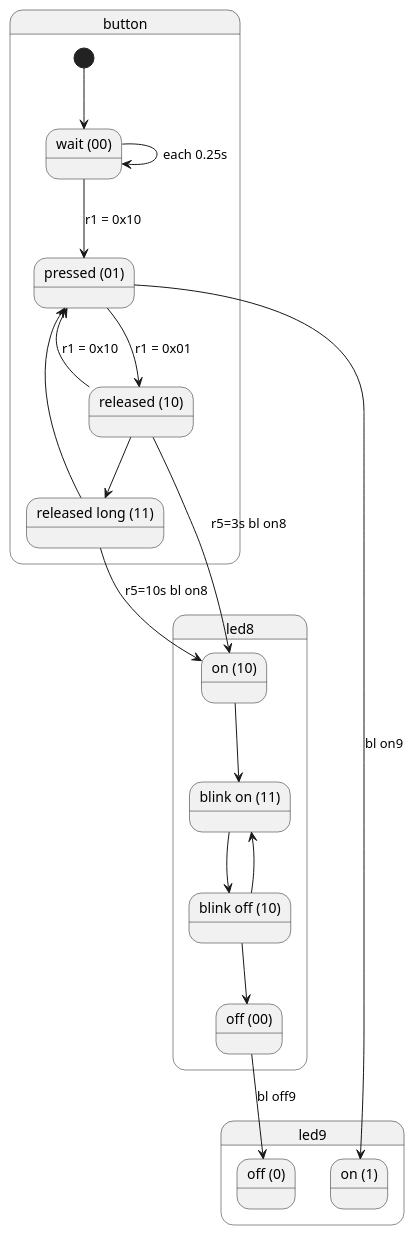
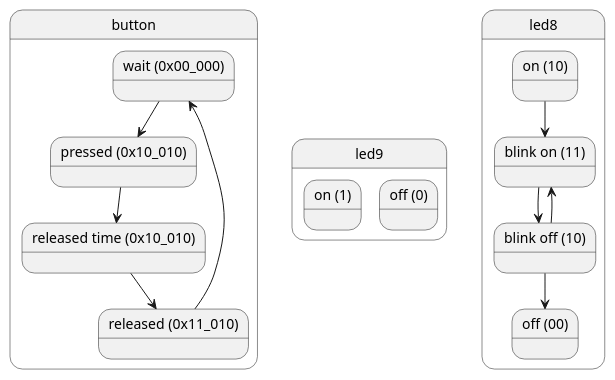
The diagram in docs/puml/state_diagram.puml (andneh/stm32vldiscovery_asm), drawn with PlantUML before and after one commit. The commit also changed 4 other files, not shown here.

```diff
--- a/docs/puml/state_diagram.puml
+++ b/docs/puml/state_diagram.puml
@@ -1,44 +1,40 @@
 @startuml
 
 skinparam shadowing false
 
 state button{
-    state wait as "wait (00)"
-    state pressed as "pressed (01)"
-    state released as "released (10)"
-    state released_long as "released long (11)"
-    [*] --> wait
-    wait --> wait : each 0.25s
-    wait --> pressed : r1 = 0x10
-    pressed --> released : r1 = 0x01
-    released --> pressed : r1 = 0x10
-    released --> released_long
-
-    released_long --> pressed
+    state wait as "wait (0x00_000)"
+    state pressed as "pressed (0x10_010)"
+    state pressed_time as "released time (0x10_010)"
+    state released as "released (0x11_010)"
+    wait  --> pressed
+    pressed --> pressed_time
+    pressed_time --> released
+    released --> wait
 }
 
 state led9{
     state on9 as "on (1)"
     state off9 as "off (0)"
 '    on9 --> off9
 '    off9 --> on9
 }
 
 state led8{
     state on8 as "on (10)"
     state blinkon8 as "blink on (11)"
     state blinkoff8 as "blink off (10)"
     state off8 as "off (00)"
 '    [*] --> on8
     on8 --> blinkon8
     blinkon8 --> blinkoff8
     blinkoff8 --> blinkon8
     blinkoff8 --> off8
 '    off8 --> on8
 }
 
-pressed --> on9 : bl on9
-released --> on8 : r5=3s bl on8
-released_long --> on8 : r5=10s bl on8
-off8 --> off9 : bl off9
+'pressed --> on9 : bl on9
+'released --> on8 : r5=3s bl on8
+'released_long --> on8 : r5=10s bl on8
+'off8 --> off9 : bl off9
 @enduml
```
